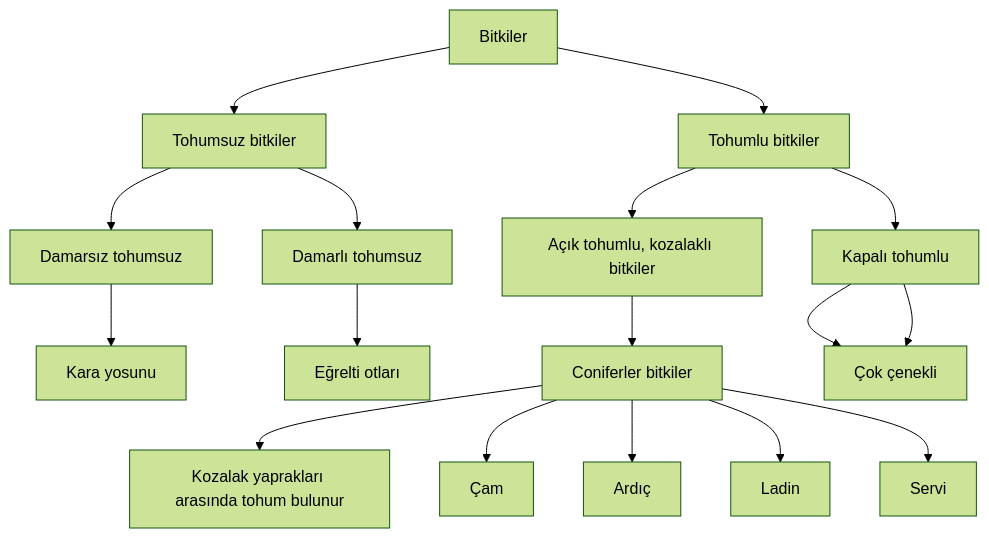
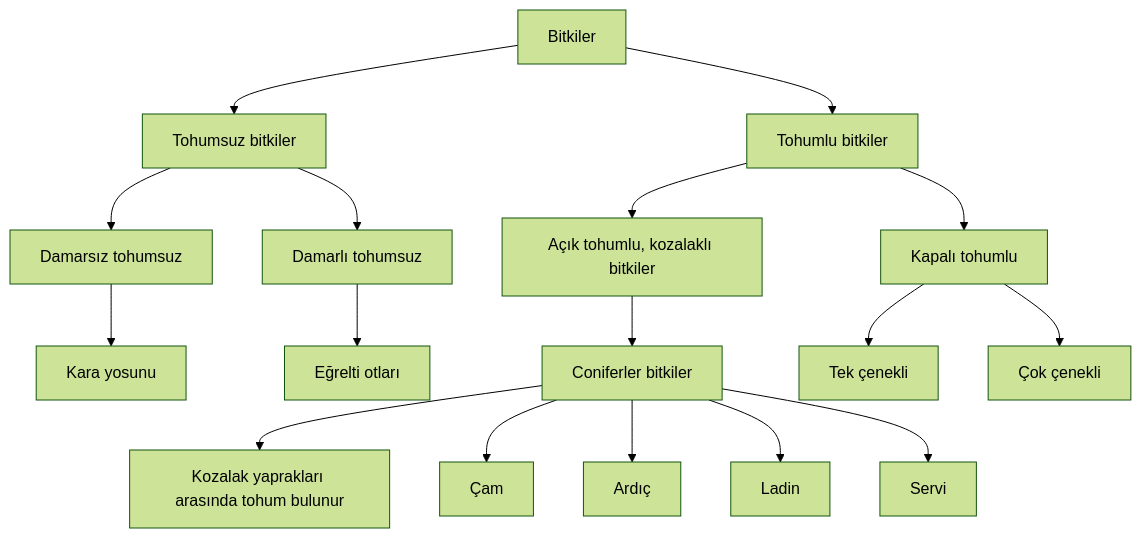
The second of 2 diagrams in ayt/biyoloji/bitki-biyolojisi/bitki-biyolojisi.md (metwse/evrensel), drawn with Mermaid (forest theme) before and after one commit. The commit also changed other lines of this file and 1 other file, not shown here.

````diff
--- a/ayt/biyoloji/bitki-biyolojisi/bitki-biyolojisi.md
+++ b/ayt/biyoloji/bitki-biyolojisi/bitki-biyolojisi.md
@@ -22,20 +22,20 @@
 ```mermaid
 flowchart TD
     t[Bitkiler]
     t --> t-1[Tohumsuz bitkiler]
     t --> t-2[Tohumlu bitkiler]
     t-1 --> a[Damarsız tohumsuz]
     t-1 --> b[Damarlı tohumsuz]
     a --> a-1[Kara yosunu]
     b --> b-1[Eğrelti otları]
     t-2 --> c[Açık tohumlu, kozalaklı bitkiler]
     t-2 --> d[Kapalı tohumlu]
     c --> c-1[Coniferler bitkiler]
     c-1 --> c-1-1[Kozalak yaprakları arasında tohum bulunur]
     c-1 --> c-2-1[Çam]
     c-1 --> c-2-2[Ardıç]
     c-1 --> c-2-3[Ladin]
     c-1 --> c-2-4[Servi]
     d --> d-1[Tek çenekli]
-    d --> d-1[Çok çenekli]
+    d --> d-2[Çok çenekli]
 ```
````
